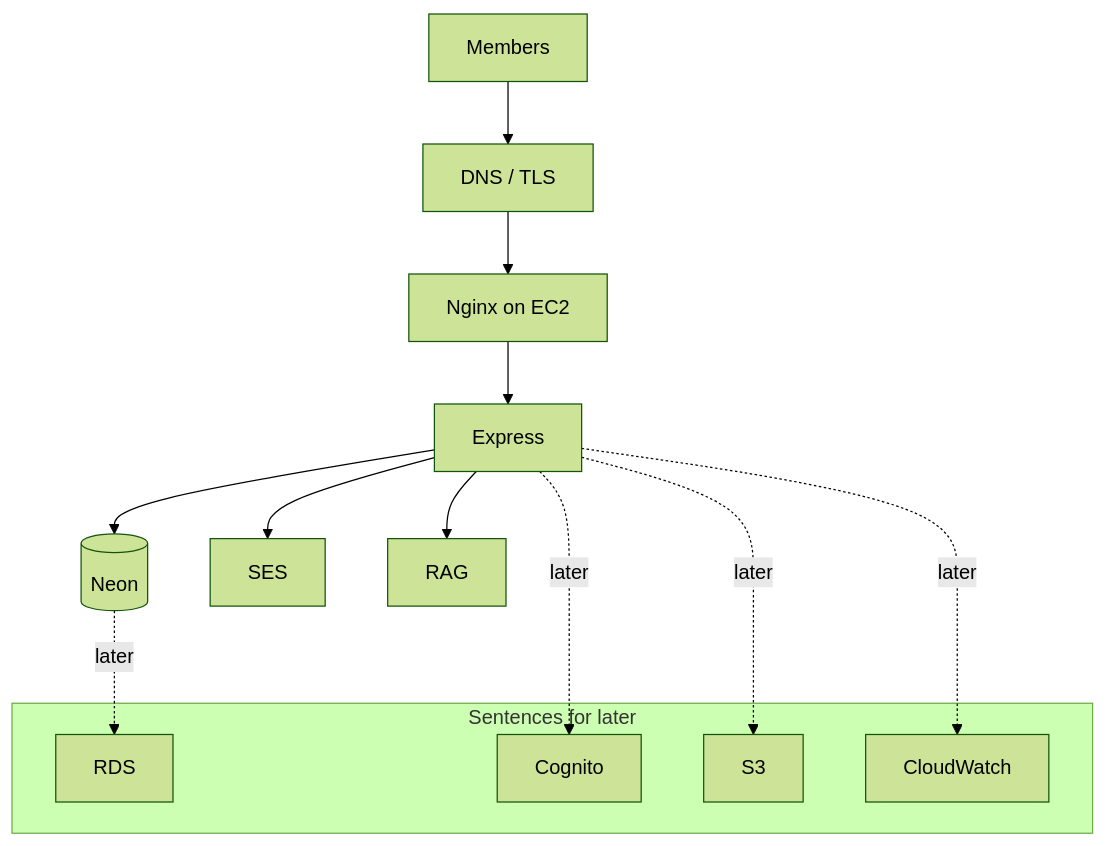
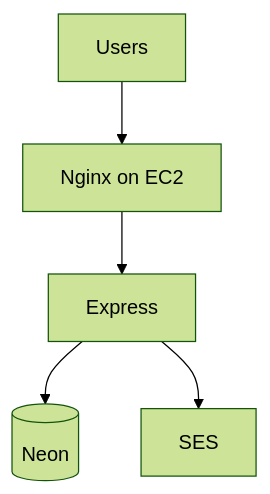
The diagram in content/tracks/backend-from-zero/lessons/29-aws-pitch.md (sreecharan-desu/hackx-slides), drawn with Mermaid (forest theme) before and after one commit. The commit also changed other lines of this file and 35 other files, not shown here.

````diff
--- a/content/tracks/backend-from-zero/lessons/29-aws-pitch.md
+++ b/content/tracks/backend-from-zero/lessons/29-aws-pitch.md
@@ -10,21 +10,7 @@
 ```mermaid
 flowchart TB
-  U[Members] --> EDGE[DNS / TLS]
-  EDGE --> NGX[Nginx on EC2]
+  U[Users] --> NGX[Nginx on EC2]
   NGX --> API[Express]
   API --> NEON[(Neon)]
   API --> SES[SES]
-  API --> RAG[RAG]
-
-  subgraph pitch [Sentences for later]
-    RDS[RDS]
-    COG[Cognito]
-    S3[S3]
-    CW[CloudWatch]
-  end
-
-  NEON -. later .-> RDS
-  API -. later .-> COG
-  API -. later .-> S3
-  API -. later .-> CW
 ```
````
